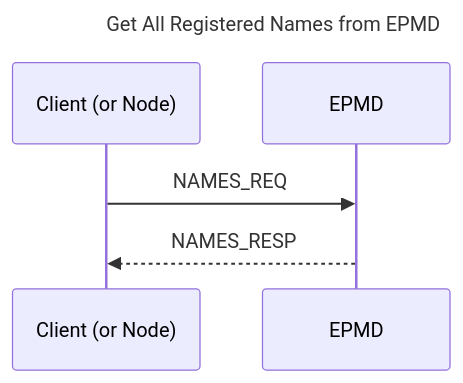
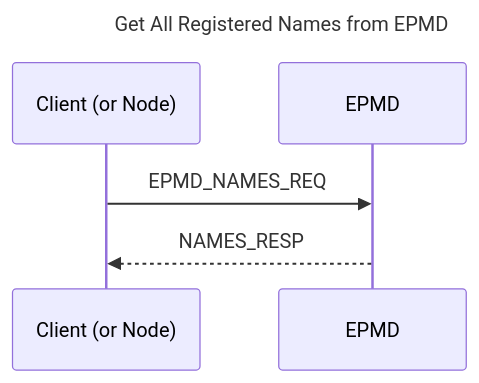
The fifth of 8 diagrams in erts/doc/guides/erl_dist_protocol.md (erlang/otp), drawn with Mermaid before and after one commit. The commit also changed other lines of this file and 3 other files, not shown here.

````diff
--- a/erts/doc/guides/erl_dist_protocol.md
+++ b/erts/doc/guides/erl_dist_protocol.md
@@ -263,11 +263,11 @@
 ```mermaid
 ---
 title: Get All Registered Names from EPMD
 ---
 sequenceDiagram
     participant client as Client (or Node)
     participant EPMD
     
-    client ->> EPMD: NAMES_REQ
+    client ->> EPMD: EPMD_NAMES_REQ
     EPMD -->> client: NAMES_RESP
 ```
````
